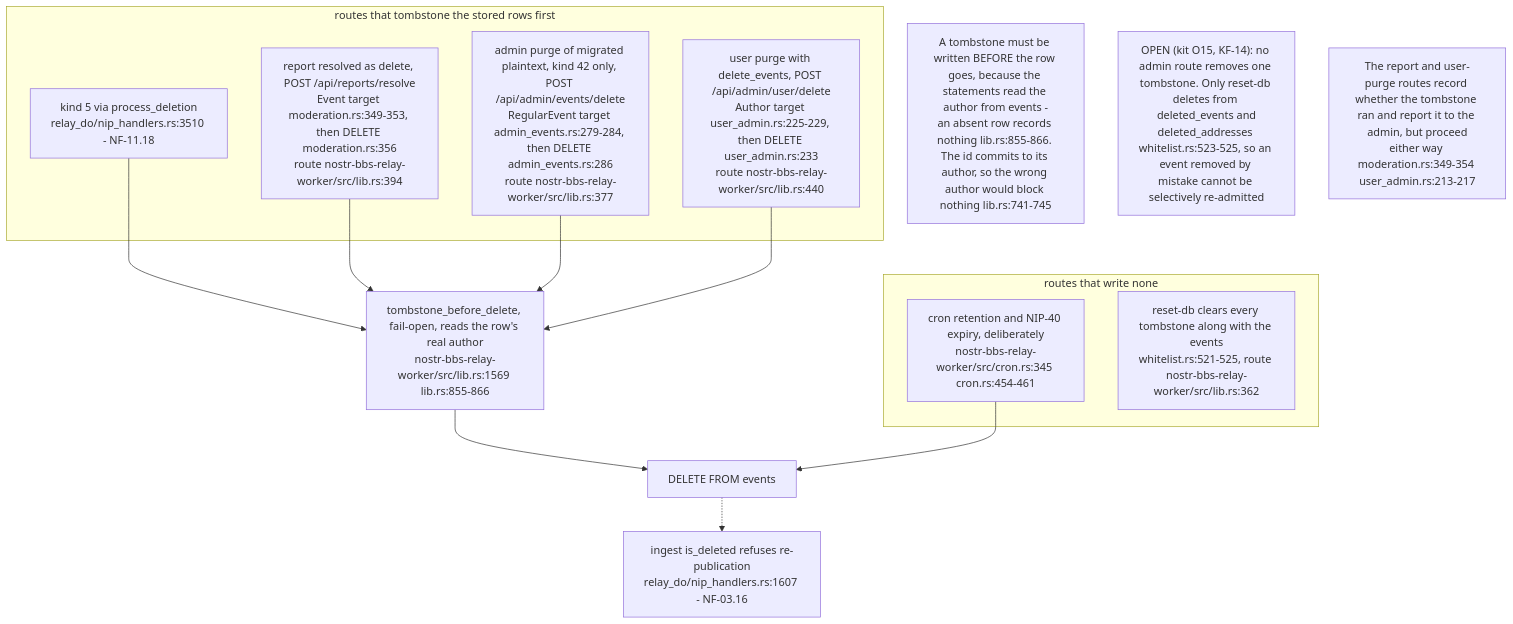
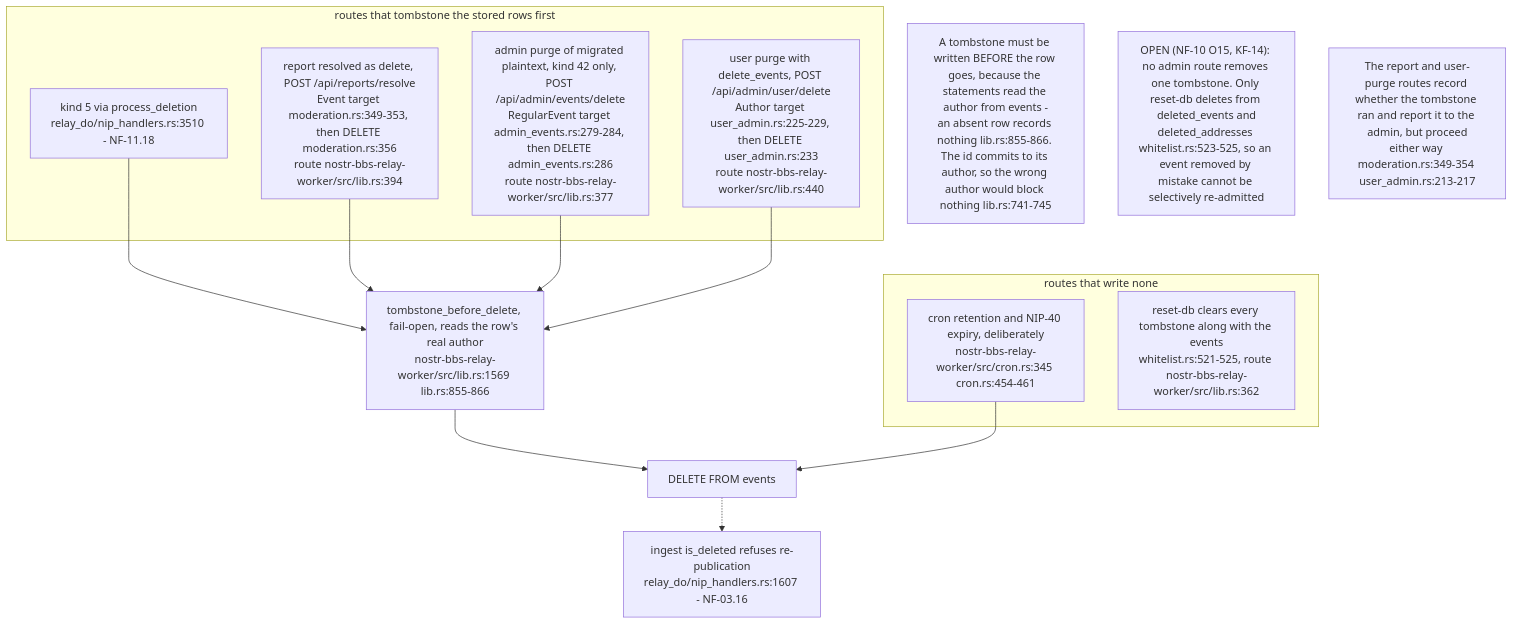
One commit to DreamLab-AI/VisionFlow changed diagram 18 of 18 in docs/diagrams/nostr-rust-forum/11-relay-durable-object-internals.md. Above: the diagram before and after it, drawn with Mermaid. The commit also changed other lines of this file and 13 other files, not shown here.

First line of the commit message:
diagrams(nostr-rust-forum): fold the last kit-only diagram content into the corpus

````diff
--- a/docs/diagrams/nostr-rust-forum/11-relay-durable-object-internals.md
+++ b/docs/diagrams/nostr-rust-forum/11-relay-durable-object-internals.md
@@ -567,24 +575,24 @@
 ```mermaid
 flowchart TB
     subgraph W ["routes that tombstone the stored rows first"]
         R1["kind 5 via process_deletion<br/>relay_do/nip_handlers.rs:3510 - NF-11.18"]
         R2["report resolved as delete, POST /api/reports/resolve<br/>Event target moderation.rs:349-353, then DELETE moderation.rs:356<br/>route nostr-bbs-relay-worker/src/lib.rs:394"]
         R3["admin purge of migrated plaintext, kind 42 only, POST /api/admin/events/delete<br/>RegularEvent target admin_events.rs:279-284, then DELETE admin_events.rs:286<br/>route nostr-bbs-relay-worker/src/lib.rs:377"]
         R4["user purge with delete_events, POST /api/admin/user/delete<br/>Author target user_admin.rs:225-229, then DELETE user_admin.rs:233<br/>route nostr-bbs-relay-worker/src/lib.rs:440"]
     end
     TB["tombstone_before_delete, fail-open, reads the row's real author<br/>nostr-bbs-relay-worker/src/lib.rs:1569 lib.rs:855-866"]
     DEL["DELETE FROM events"]
     subgraph N ["routes that write none"]
         C1["cron retention and NIP-40 expiry, deliberately<br/>nostr-bbs-relay-worker/src/cron.rs:345 cron.rs:454-461"]
         C2["reset-db clears every tombstone along with the events<br/>whitelist.rs:521-525, route nostr-bbs-relay-worker/src/lib.rs:362"]
     end
     ING["ingest is_deleted refuses re-publication<br/>relay_do/nip_handlers.rs:1607 - NF-03.16"]
 
     R1 & R2 & R3 & R4 --> TB --> DEL
     DEL -.-> ING
     C1 --> DEL
 
     N1["A tombstone must be written BEFORE the row goes, because the statements read the author from events -<br/>an absent row records nothing lib.rs:855-866. The id commits to its author, so the wrong author would block nothing lib.rs:741-745"]
-    N2["OPEN (kit O15, KF-14): no admin route removes one tombstone. Only reset-db deletes from deleted_events and<br/>deleted_addresses whitelist.rs:523-525, so an event removed by mistake cannot be selectively re-admitted"]
+    N2["OPEN (NF-10 O15, KF-14): no admin route removes one tombstone. Only reset-db deletes from deleted_events and<br/>deleted_addresses whitelist.rs:523-525, so an event removed by mistake cannot be selectively re-admitted"]
     N3["The report and user-purge routes record whether the tombstone ran and report it to the admin, but proceed<br/>either way moderation.rs:349-354 user_admin.rs:213-217"]
 ```
````
